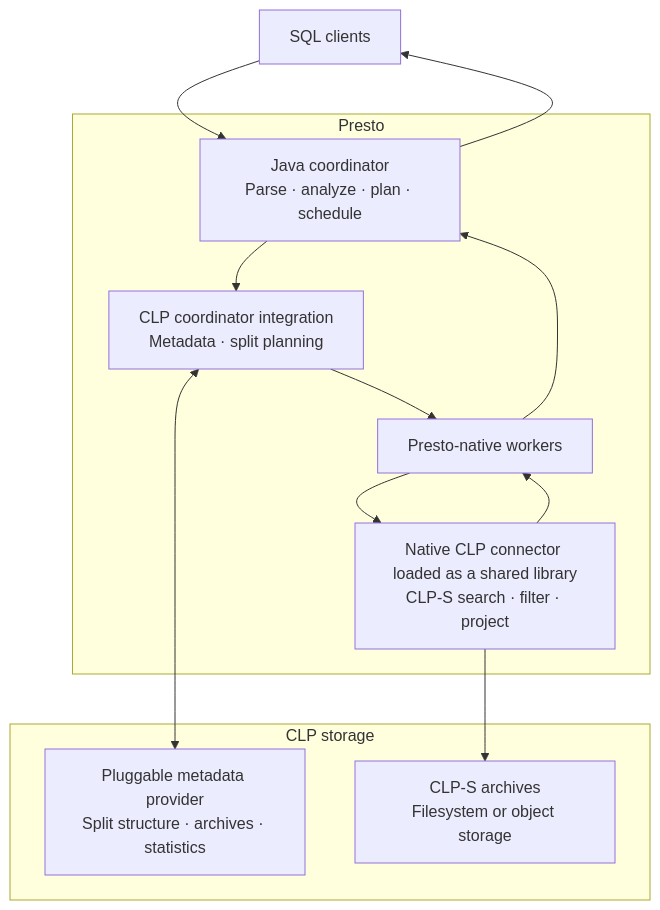
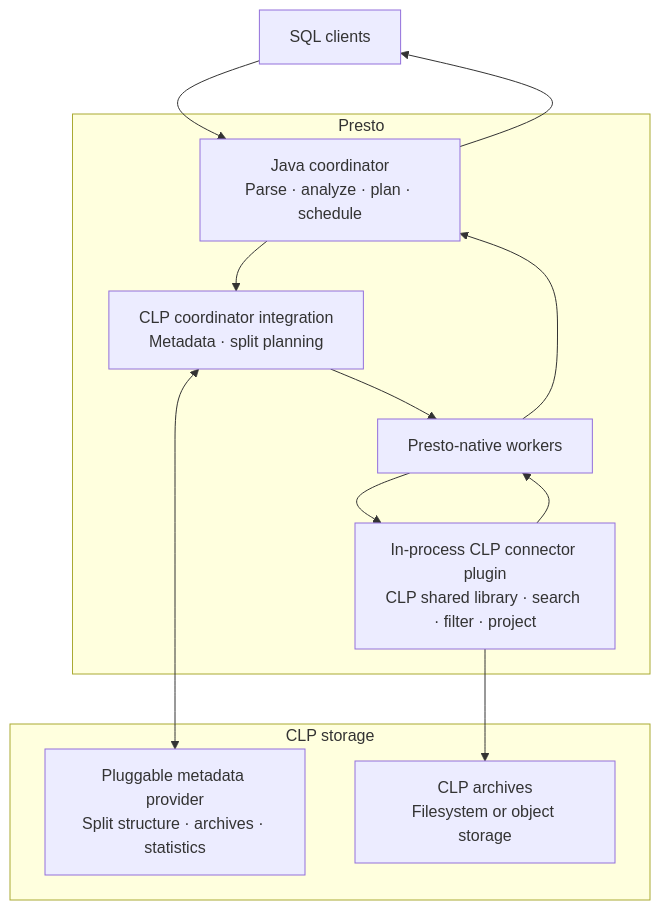
Before and after one commit to y-scope/presto-blogs-collab: the diagram in presto-blog/presto-clp-knowledge-base.md, drawn with Mermaid. The commit also changed other lines of this file and 2 other files, not shown here.

First line of the commit message:
docs: Refine CLP connector blog narrative.

```diff
--- a/presto-blog/presto-clp-knowledge-base.md
+++ b/presto-blog/presto-clp-knowledge-base.md
@@ -561,26 +774,26 @@
 ~~~mermaid
 flowchart TB
     user["SQL clients"]
 
     subgraph presto["Presto"]
         coordinator["Java coordinator<br/>Parse · analyze · plan · schedule"]
         coordPlugin["CLP coordinator integration<br/>Metadata · split planning"]
         worker["Presto-native workers"]
-        nativePlugin["Native CLP connector loaded as a shared library<br/>CLP-S search · filter · project"]
+        nativePlugin["In-process CLP connector plugin<br/>CLP shared library · search · filter · project"]
     end
 
     subgraph storage["CLP storage"]
         metadata["Pluggable metadata provider<br/>Split structure · archives · statistics"]
-        archives["CLP-S archives<br/>Filesystem or object storage"]
+        archives["CLP archives<br/>Filesystem or object storage"]
     end
 
     user --> coordinator
     coordinator --> coordPlugin
     coordPlugin <--> metadata
     coordPlugin --> worker
     worker --> nativePlugin
     nativePlugin --> archives
     nativePlugin --> worker
     worker --> coordinator
     coordinator --> user
 ~~~
```
